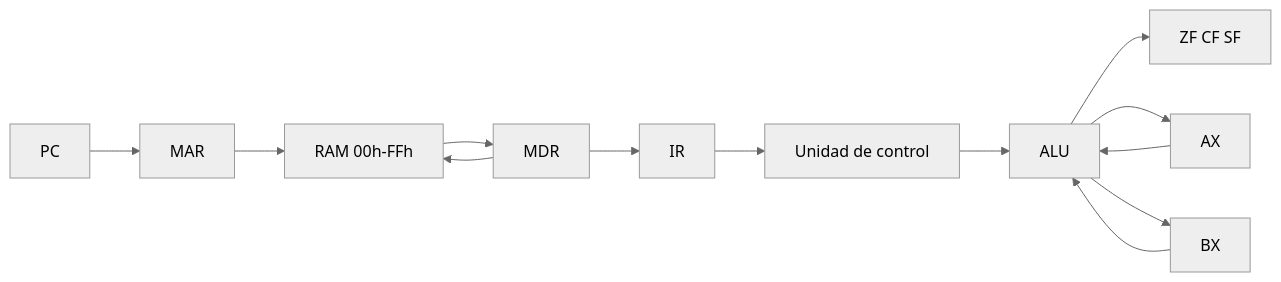
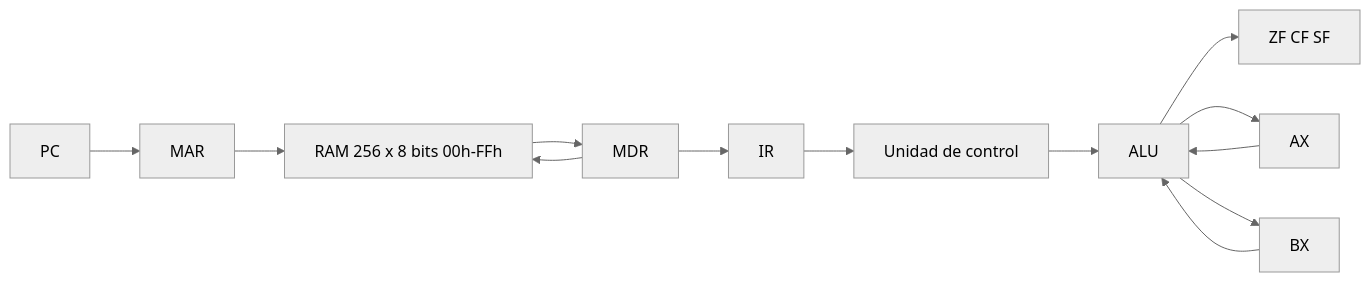
Before and after one commit to marcosarnez/EVALUACI-N-PRIMER-PARCIAL-Simulador-de-CPU-y-Memoria-Principal: the diagram in README.md, drawn with Mermaid (neutral theme). The commit also changed other lines of this file and 6 other files, not shown here.

````diff
--- a/README.md
+++ b/README.md
@@ -7,15 +13,15 @@
 ```mermaid
 flowchart LR
     PC["PC"] --> MAR["MAR"]
-    MAR --> RAM["RAM 00h-FFh"]
+    MAR --> RAM["RAM 256 x 8 bits 00h-FFh"]
     RAM --> MDR["MDR"]
     MDR --> IR["IR"]
     IR --> UC["Unidad de control"]
     UC --> ALU["ALU"]
     AX["AX"] --> ALU
     BX["BX"] --> ALU
-    ALU --> FLAGS["ZF  CF  SF"]
+    ALU --> FLAGS["ZF CF SF"]
     ALU --> AX
     ALU --> BX
     MDR --> RAM
 ```
````
